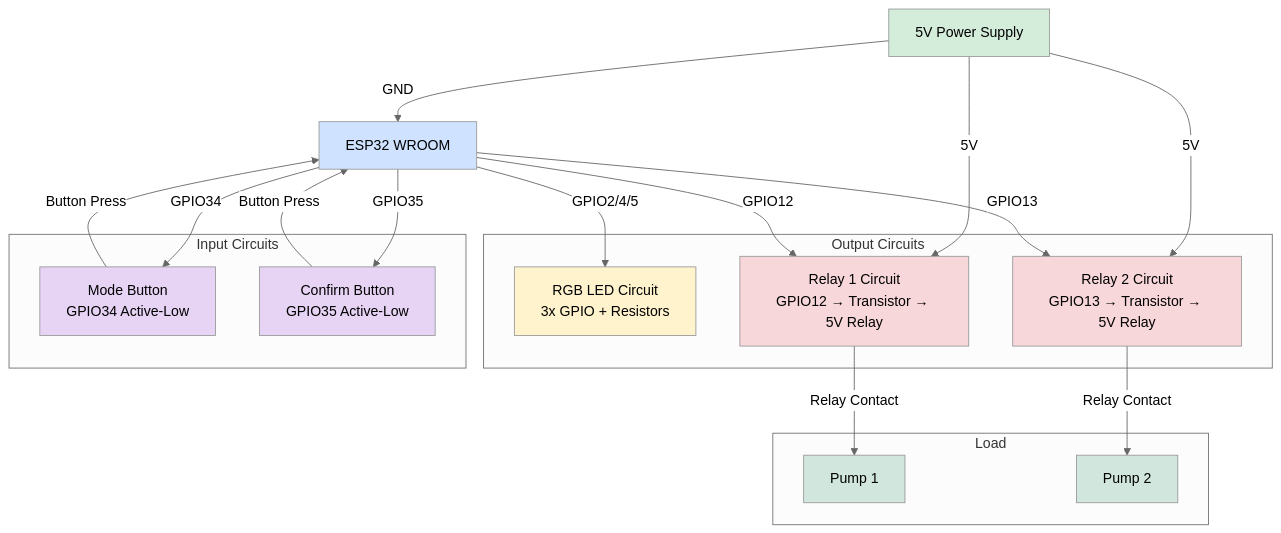
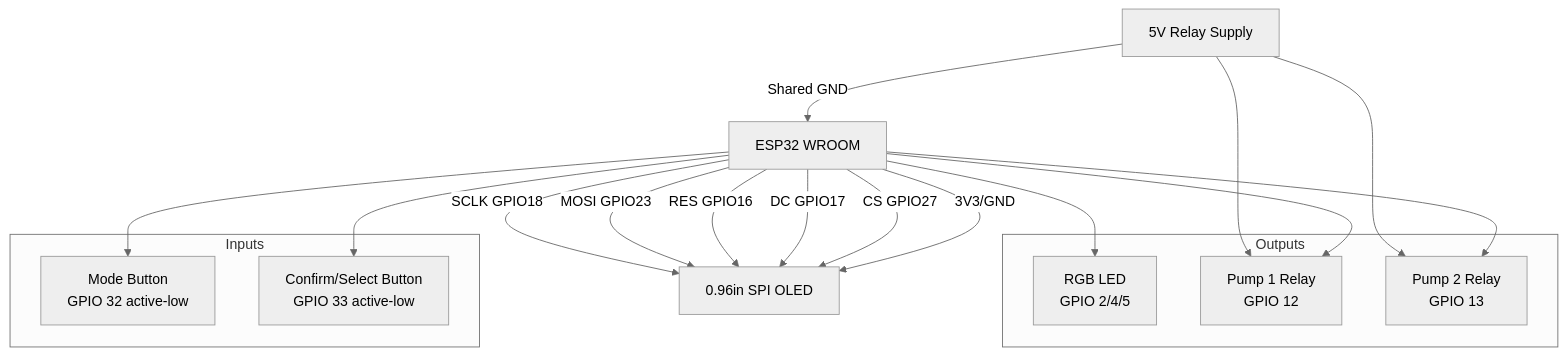
The first of 4 diagrams in CIRCUIT_DIAGRAMS.md (julian-labuschagne/bio-bubbler), drawn with Mermaid (neutral theme) before and after one commit. The commit also changed other lines of this file and 5 other files, not shown here.

````diff
--- a/CIRCUIT_DIAGRAMS.md
+++ b/CIRCUIT_DIAGRAMS.md
@@ -7,47 +7,34 @@
 ```mermaid
 graph TD
-    PSU["5V Power Supply"]
+    PSU["5V Relay Supply"]
     ESP["ESP32 WROOM"]
-    
-    subgraph "Output Circuits"
-        LED["RGB LED Circuit<br/>3x GPIO + Resistors"]
-        REL1["Relay 1 Circuit<br/>GPIO12 → Transistor → 5V Relay"]
-        REL2["Relay 2 Circuit<br/>GPIO13 → Transistor → 5V Relay"]
+    OLED["0.96in SPI OLED"]
+
+    subgraph Outputs
+        LED["RGB LED\nGPIO 2/4/5"]
+        REL1["Pump 1 Relay\nGPIO 12"]
+        REL2["Pump 2 Relay\nGPIO 13"]
     end
-    
-    subgraph "Input Circuits"
-        BTN1["Mode Button<br/>GPIO34 Active-Low"]
-        BTN2["Confirm Button<br/>GPIO35 Active-Low"]
+
+    subgraph Inputs
+        BTN_MODE["Mode Button\nGPIO 32 active-low"]
+        BTN_CONFIRM["Confirm/Select Button\nGPIO 33 active-low"]
     end
-    
-    subgraph "Load"
-        PUMP1["Pump 1"]
-        PUMP2["Pump 2"]
-    end
-    
-    PSU -->|5V| REL1
-    PSU -->|5V| REL2
-    PSU -->|GND| ESP
-    
-    ESP -->|GPIO2/4/5| LED
-    ESP -->|GPIO12| REL1
-    ESP -->|GPIO13| REL2
-    ESP -->|GPIO34| BTN1
-    ESP -->|GPIO35| BTN2
-    
-    REL1 -->|Relay Contact| PUMP1
-    REL2 -->|Relay Contact| PUMP2
-    
-    BTN1 -->|Button Press| ESP
-    BTN2 -->|Button Press| ESP
-    
-    style PSU fill:#d4edda
-    style ESP fill:#cfe2ff
-    style LED fill:#fff3cd
-    style REL1 fill:#f8d7da
-    style REL2 fill:#f8d7da
-    style BTN1 fill:#e7d4f5
-    style BTN2 fill:#e7d4f5
-    style PUMP1 fill:#d1e7dd
-    style PUMP2 fill:#d1e7dd
+
+    PSU --> REL1
+    PSU --> REL2
+    PSU -->|Shared GND| ESP
+
+    ESP --> LED
+    ESP --> REL1
+    ESP --> REL2
+    ESP --> BTN_MODE
+    ESP --> BTN_CONFIRM
+
+    ESP -->|SCLK GPIO18| OLED
+    ESP -->|MOSI GPIO23| OLED
+    ESP -->|RES GPIO16| OLED
+    ESP -->|DC GPIO17| OLED
+    ESP -->|CS GPIO27| OLED
+    ESP -->|3V3/GND| OLED
 ```
````
